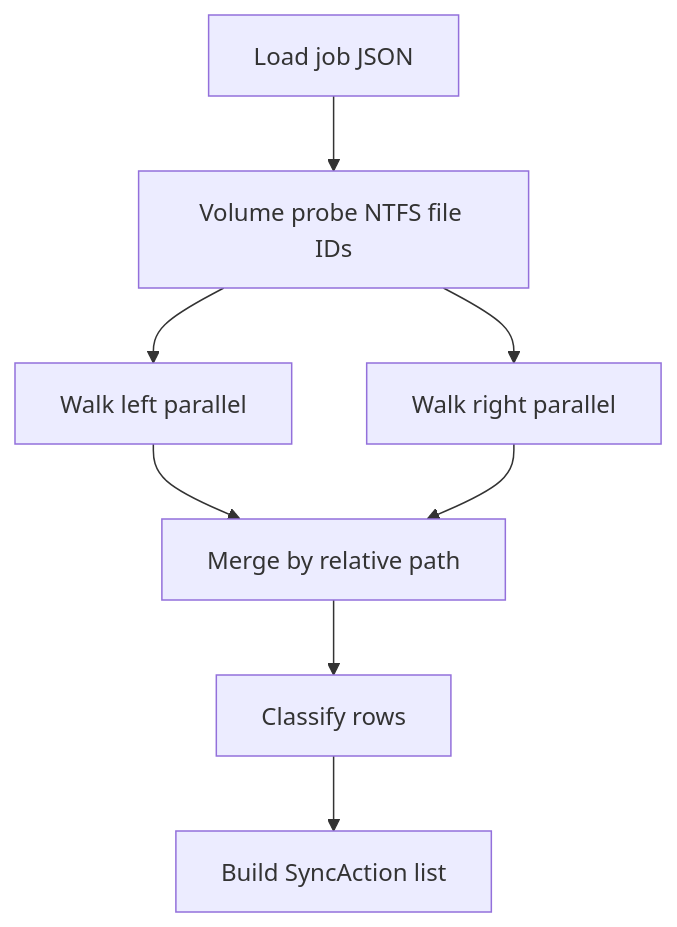
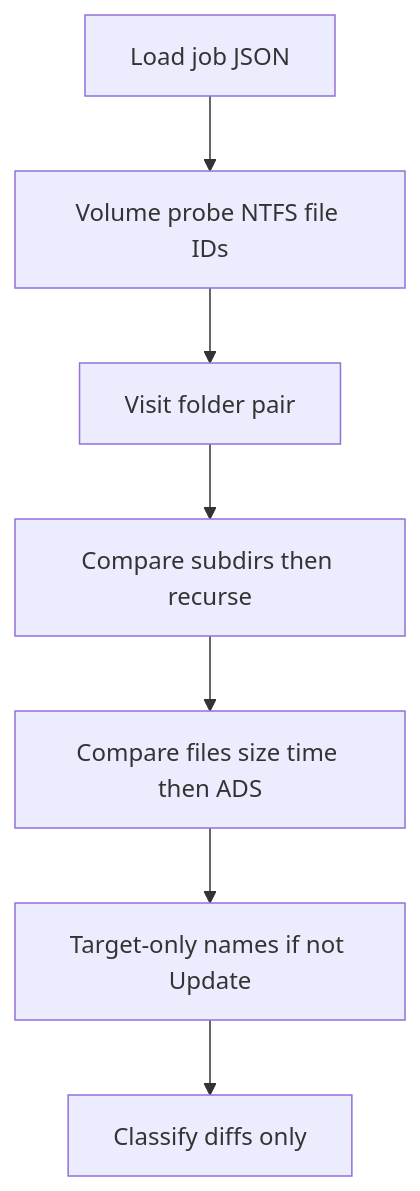
One commit to dobrado76/MyFileSync changed the first of 2 diagrams in docs/COMPARE_AND_SYNC.md. Above: the diagram before and after it, drawn with Mermaid. The commit also changed other lines of this file and 66 other files, not shown here.

````diff
--- a/docs/COMPARE_AND_SYNC.md
+++ b/docs/COMPARE_AND_SYNC.md
@@ -20,15 +20,12 @@
 ```mermaid
 flowchart TD
   loadJob[Load job JSON]
   probe[Volume probe NTFS file IDs]
-  walkL[Walk left parallel]
-  walkR[Walk right parallel]
-  merge[Merge by relative path]
-  classify[Classify rows]
-  plan[Build SyncAction list]
-  loadJob --> probe --> walkL
-  probe --> walkR
-  walkL --> merge
-  walkR --> merge
-  merge --> classify --> plan
+  visit[Visit folder pair]
+  dirs[Compare subdirs then recurse]
+  files[Compare files size time then ADS]
+  rightOnly[Target-only names if not Update]
+  classify[Classify diffs only]
+  loadJob --> probe --> visit
+  visit --> dirs --> files --> rightOnly --> classify
 ```
````
